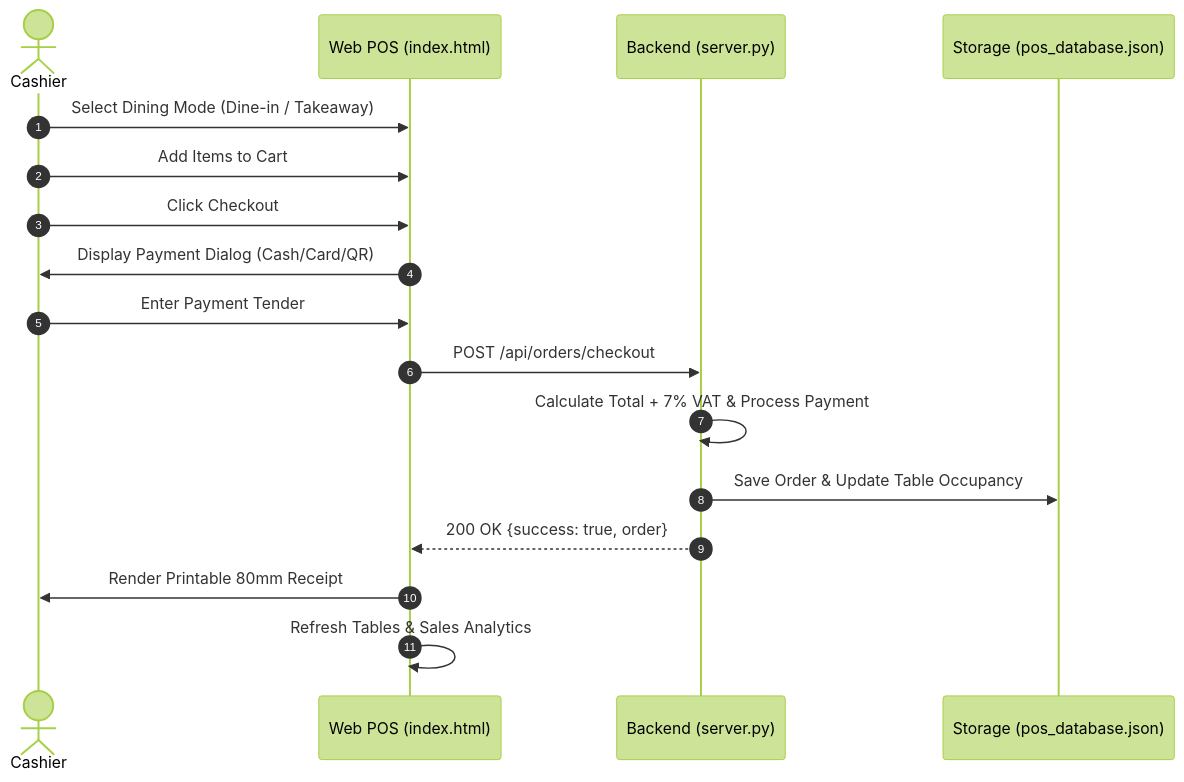
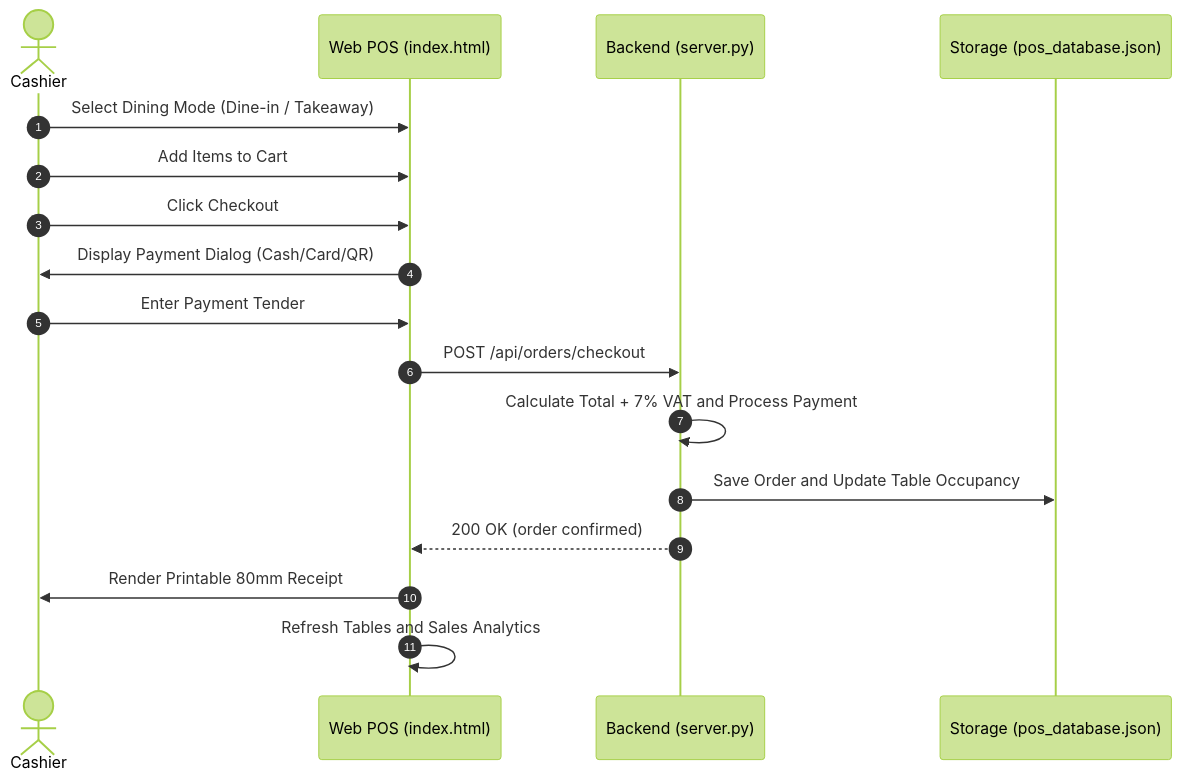
One commit to tudzydev/Restaurant-POS changed the third of 3 diagrams in SPECIFICATION.md. Above: the diagram before and after it, drawn with Mermaid (forest theme). The commit also changed other lines of this file and 6 other files, not shown here.

````diff
--- a/SPECIFICATION.md
+++ b/SPECIFICATION.md
@@ -212,20 +213,20 @@
 ```mermaid
 sequenceDiagram
     autonumber
     actor Cashier
     participant UI as Web POS (index.html)
     participant API as Backend (server.py)
     participant DB as Storage (pos_database.json)
 
     Cashier->>UI: Select Dining Mode (Dine-in / Takeaway)
     Cashier->>UI: Add Items to Cart
     Cashier->>UI: Click Checkout
     UI->>Cashier: Display Payment Dialog (Cash/Card/QR)
     Cashier->>UI: Enter Payment Tender
     UI->>API: POST /api/orders/checkout
-    API->>API: Calculate Total + 7% VAT & Process Payment
-    API->>DB: Save Order & Update Table Occupancy
-    API-->>UI: 200 OK {success: true, order}
+    API->>API: Calculate Total + 7% VAT and Process Payment
+    API->>DB: Save Order and Update Table Occupancy
+    API-->>UI: 200 OK (order confirmed)
     UI->>Cashier: Render Printable 80mm Receipt
-    UI->>UI: Refresh Tables & Sales Analytics
+    UI->>UI: Refresh Tables and Sales Analytics
 ```
````
